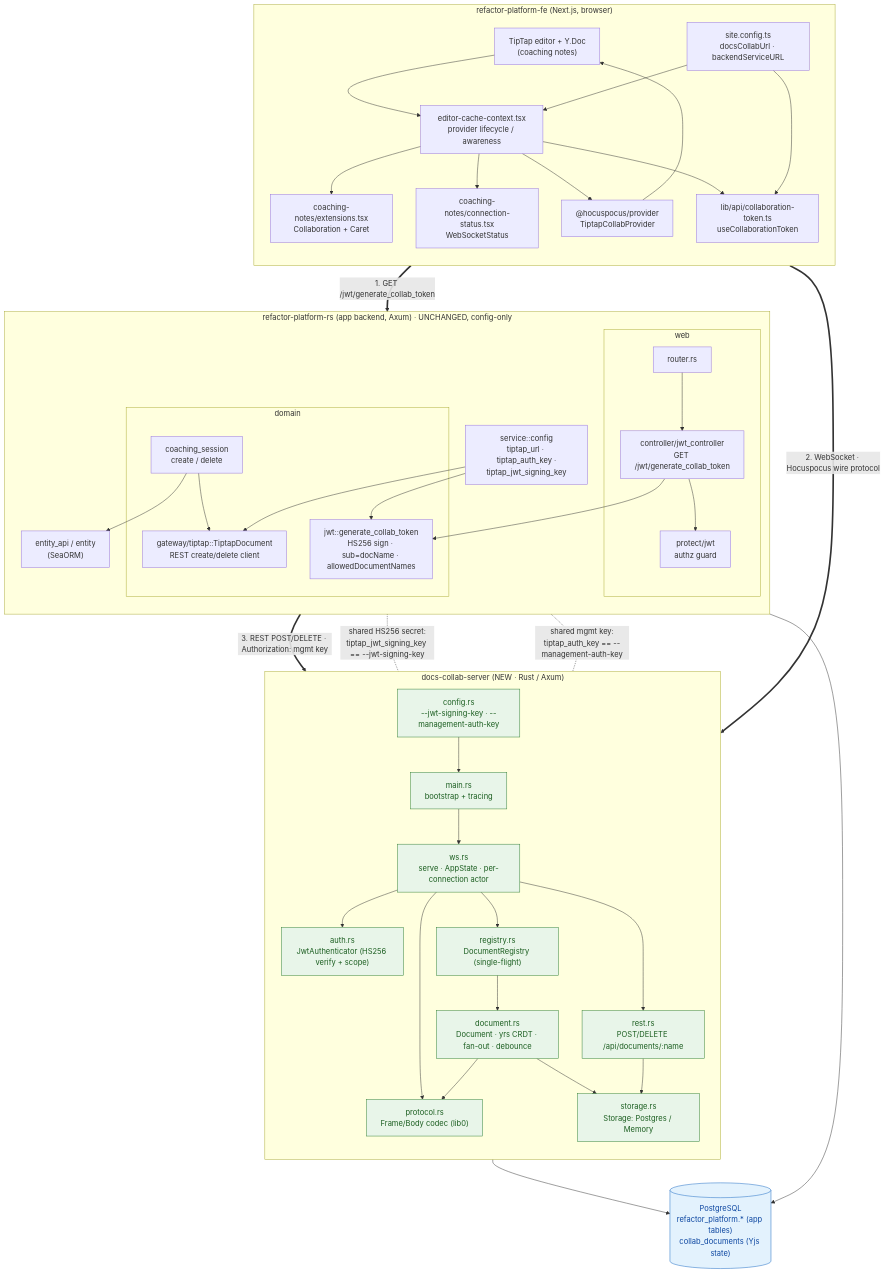
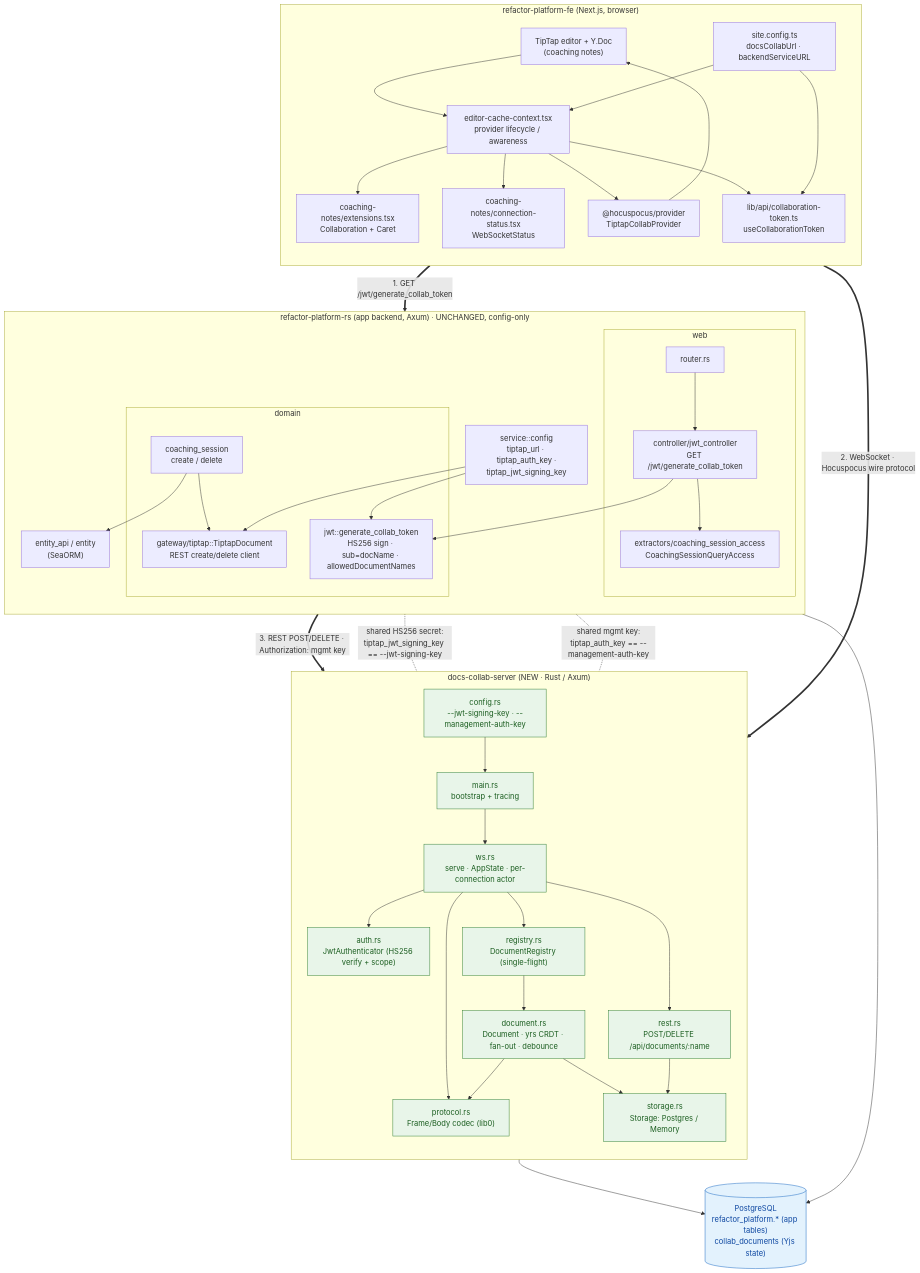
The diagram in docs/architecture/docs_collab_server_components.md (refactor-group/refactor-platform-rs), drawn with Mermaid before and after one commit. The commit also changed other lines of this file and 1 other file, not shown here.

Commit message:
Describe the topic refusals and the collab token guard accurately
The topic extractors refuse a non-participant with 403 from the session
check; only a topic outside the path session, or one the caller may not
change, is 404. The collab server components doc named the deleted
protect/jwt guard; the route is now behind CoachingSessionQueryAccess.

```diff
--- a/docs/architecture/docs_collab_server_components.md
+++ b/docs/architecture/docs_collab_server_components.md
@@ -42,7 +42,7 @@
     subgraph APPWEB["web"]
       approuter["router.rs"]
       jwtCtrl["controller/jwt_controller<br/>GET /jwt/generate_collab_token"]
-      protect["protect/jwt<br/>authz guard"]
+      protect["extractors/coaching_session_access<br/>CoachingSessionQueryAccess"]
     end
     subgraph APPDOM["domain"]
       djwt["jwt::generate_collab_token<br/>HS256 sign · sub=docName · allowedDocumentNames"]
```
